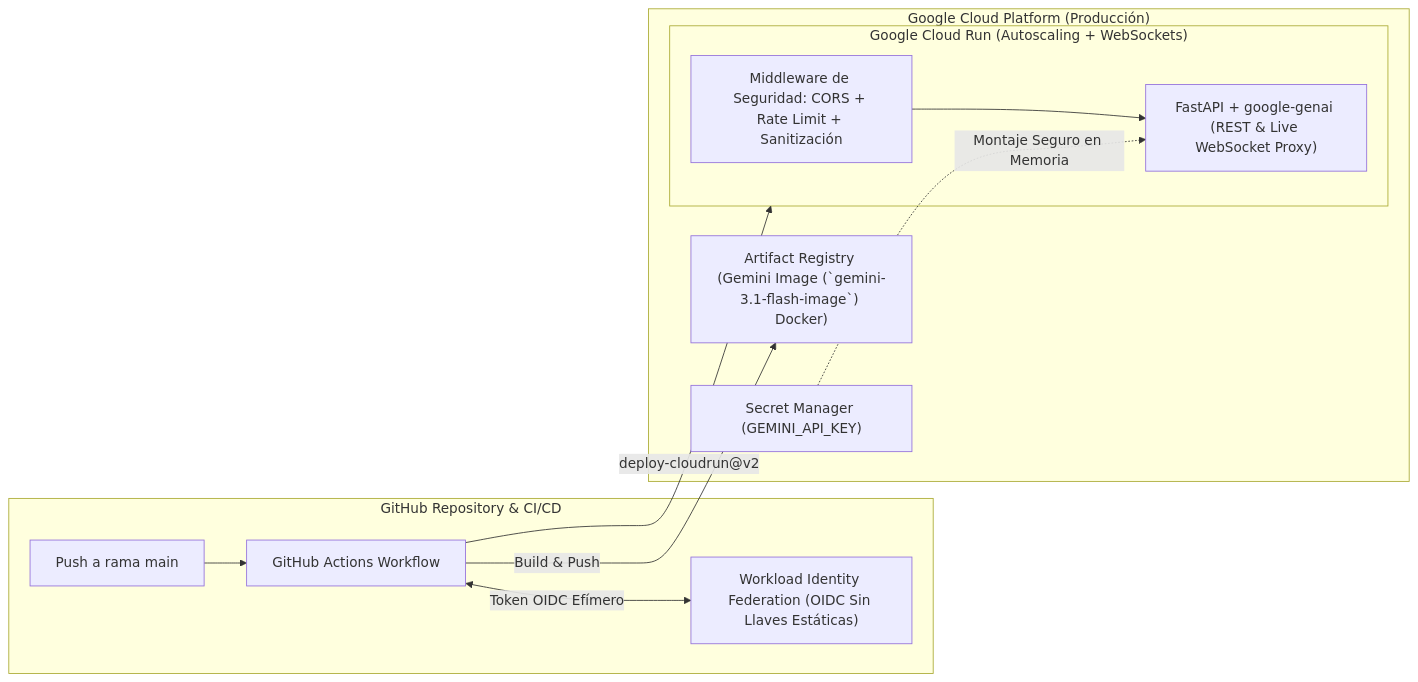
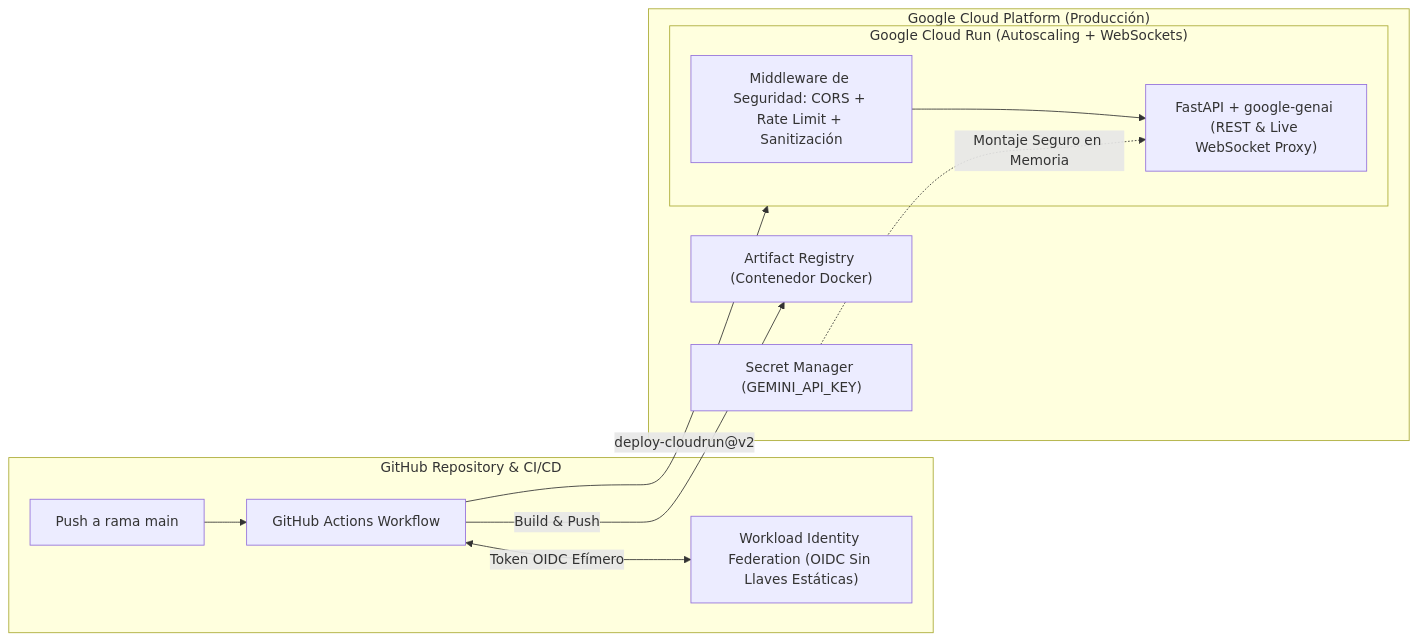
Before and after one commit to AllInVaders/aistudio-full-course: the diagram in es/module-04-deploy-github-cloudrun-security/README.md, drawn with Mermaid. The commit also changed other lines of this file and 30 other files, not shown here.

Commit message:
feat: upgrade all Gemini 3.7 Flash references to Gemini 3.8 Flash (gemini-3.8-flash)

````diff
--- a/es/module-04-deploy-github-cloudrun-security/README.md
+++ b/es/module-04-deploy-github-cloudrun-security/README.md
@@ -11,25 +11,25 @@
 ```mermaid
 flowchart LR
     subgraph GitHub["GitHub Repository & CI/CD"]
         CODE["Push a rama main"]
         GHA["GitHub Actions Workflow"]
         WIF["Workload Identity Federation (OIDC Sin Llaves Estáticas)"]
     end
 
     subgraph GCP["Google Cloud Platform (Producción)"]
-        AR["Artifact Registry (Gemini Image (`gemini-3.1-flash-image`) Docker)"]
+        AR["Artifact Registry (Contenedor Docker)"]
         SM["Secret Manager (GEMINI_API_KEY)"]
         
         subgraph CloudRun["Google Cloud Run (Autoscaling + WebSockets)"]
             GUARD["Middleware de Seguridad: CORS + Rate Limit + Sanitización"]
             APP["FastAPI + google-genai (REST & Live WebSocket Proxy)"]
         end
     end
 
     CODE --> GHA
     GHA <-->|"Token OIDC Efímero"| WIF
     GHA -->|"Build & Push"| AR
     GHA -->|"deploy-cloudrun@v2"| CloudRun
     SM -.->|"Montaje Seguro en Memoria"| APP
     GUARD --> APP
 ```
````
